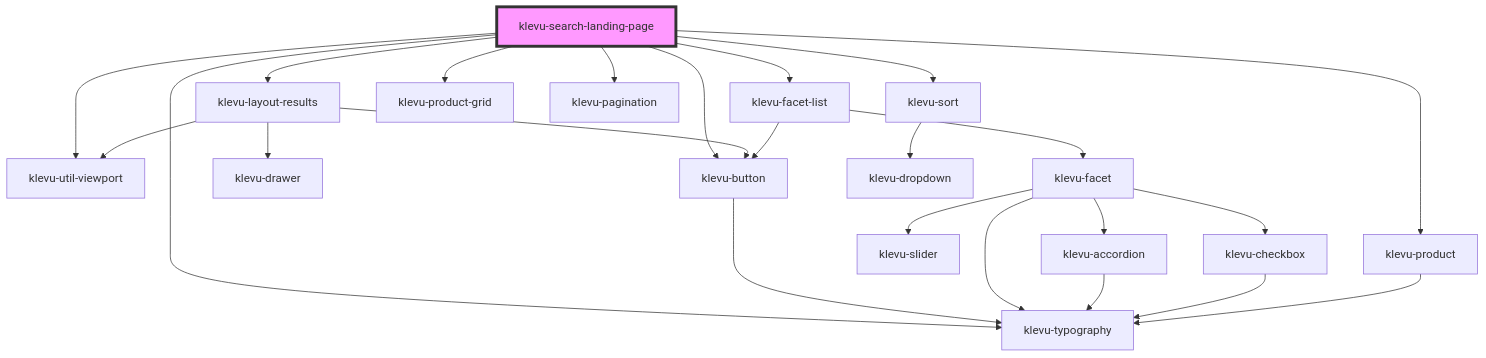
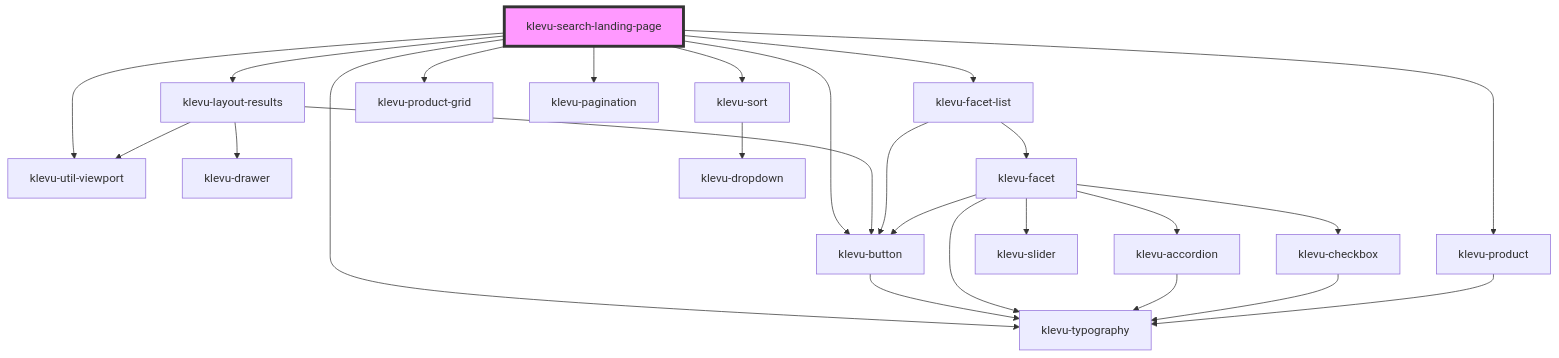
One commit to klevultd/frontend-sdk changed the diagram in packages/klevu-ui/src/components/klevu-search-landing-page/readme.md. Above: the diagram before and after it, drawn with Mermaid. The commit also changed 18 other files, not shown here.

````diff
--- a/packages/klevu-ui/src/components/klevu-search-landing-page/readme.md
+++ b/packages/klevu-ui/src/components/klevu-search-landing-page/readme.md
@@ -38,27 +38,28 @@
 ```mermaid
 graph TD;
   klevu-search-landing-page --> klevu-util-viewport
   klevu-search-landing-page --> klevu-layout-results
   klevu-search-landing-page --> klevu-facet-list
   klevu-search-landing-page --> klevu-typography
   klevu-search-landing-page --> klevu-sort
   klevu-search-landing-page --> klevu-product-grid
   klevu-search-landing-page --> klevu-product
   klevu-search-landing-page --> klevu-pagination
   klevu-search-landing-page --> klevu-button
   klevu-layout-results --> klevu-util-viewport
   klevu-layout-results --> klevu-button
   klevu-layout-results --> klevu-drawer
   klevu-button --> klevu-typography
   klevu-facet-list --> klevu-facet
   klevu-facet-list --> klevu-button
   klevu-facet --> klevu-accordion
   klevu-facet --> klevu-typography
   klevu-facet --> klevu-slider
   klevu-facet --> klevu-checkbox
+  klevu-facet --> klevu-button
   klevu-accordion --> klevu-typography
   klevu-checkbox --> klevu-typography
   klevu-sort --> klevu-dropdown
   klevu-product --> klevu-typography
   style klevu-search-landing-page fill:#f9f,stroke:#333,stroke-width:4px
 ```
````
